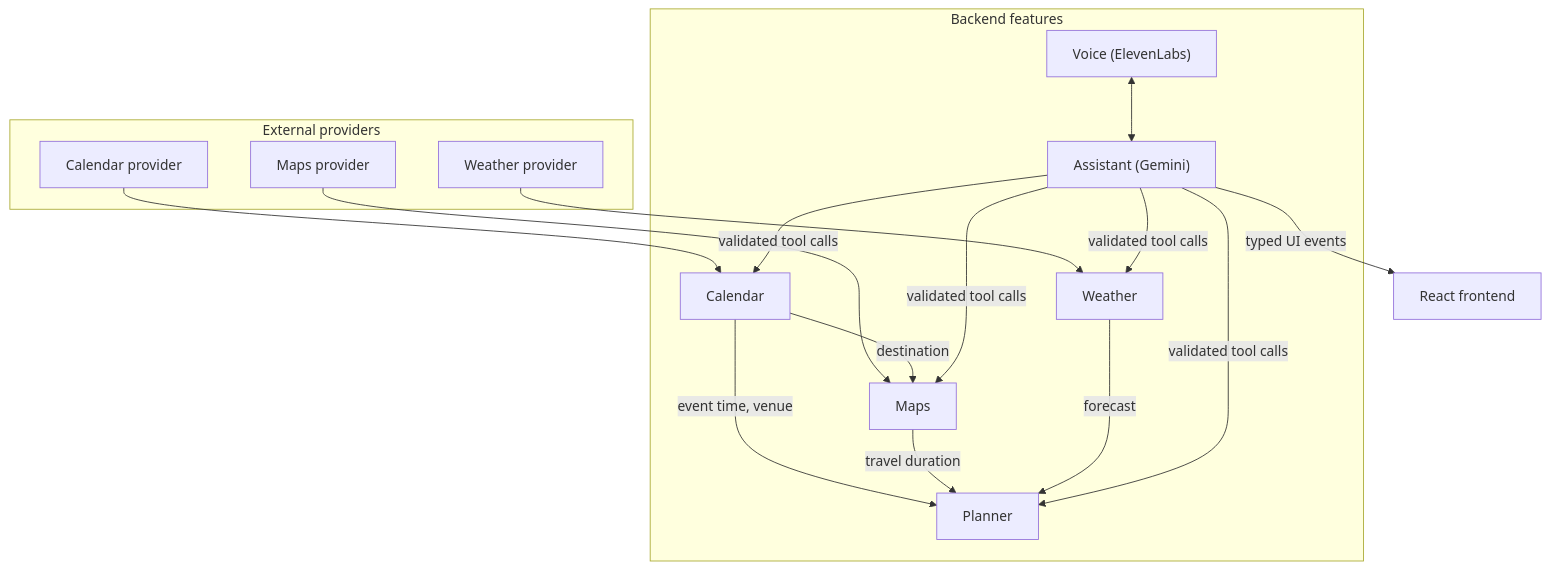
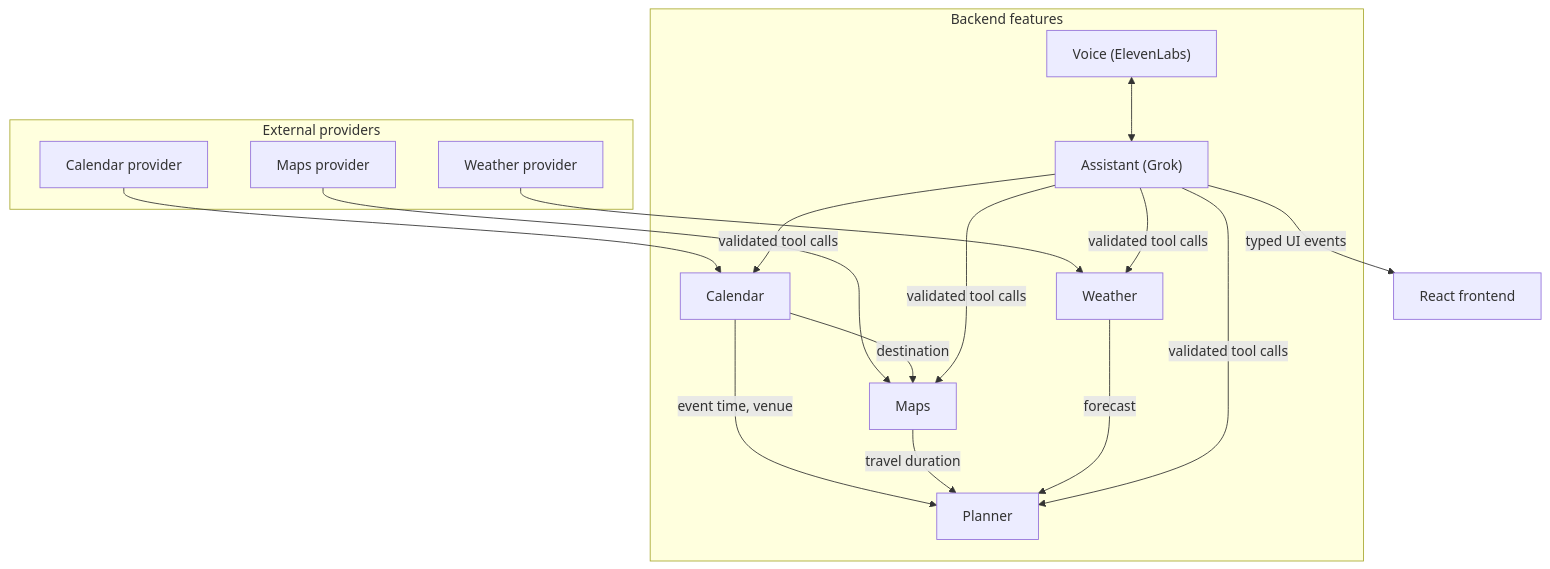
The second of 2 diagrams in docs/architecture.md (1milktea1/GetReadyWithMirror), drawn with Mermaid before and after one commit. The commit also changed other lines of this file and 30 other files, not shown here.

First line of the commit message:
Add a Grok assistant that validates tool calls before it speaks.

````diff
--- a/docs/architecture.md
+++ b/docs/architecture.md
@@ -38,34 +38,34 @@
 ```mermaid
 flowchart TD
     subgraph providers [External providers]
         wProv["Weather provider"]
         cProv["Calendar provider"]
         mProv["Maps provider"]
     end
 
     subgraph features [Backend features]
         weather["Weather"]
         calendar["Calendar"]
         maps["Maps"]
         planner["Planner"]
-        assistant["Assistant (Gemini)"]
+        assistant["Assistant (Grok)"]
         voice["Voice (ElevenLabs)"]
     end
 
     wProv --> weather
     cProv --> calendar
     mProv --> maps
 
     calendar -->|"event time, venue"| planner
     calendar -->|"destination"| maps
     maps -->|"travel duration"| planner
     weather -->|"forecast"| planner
 
     assistant -->|"validated tool calls"| weather
     assistant -->|"validated tool calls"| calendar
     assistant -->|"validated tool calls"| maps
     assistant -->|"validated tool calls"| planner
 
     voice <--> assistant
     assistant -->|"typed UI events"| frontend["React frontend"]
 ```
````
